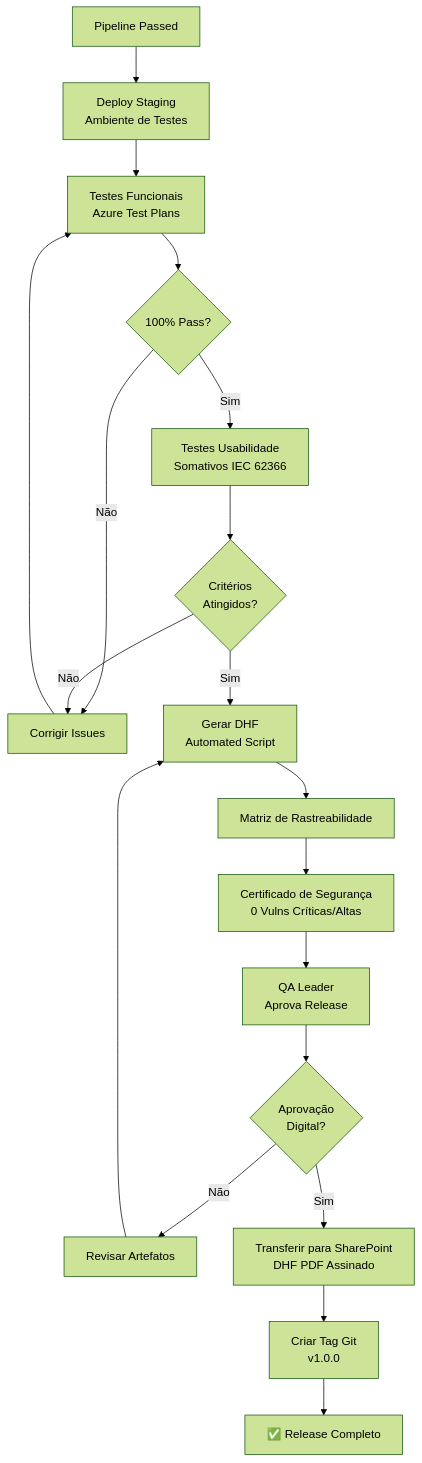
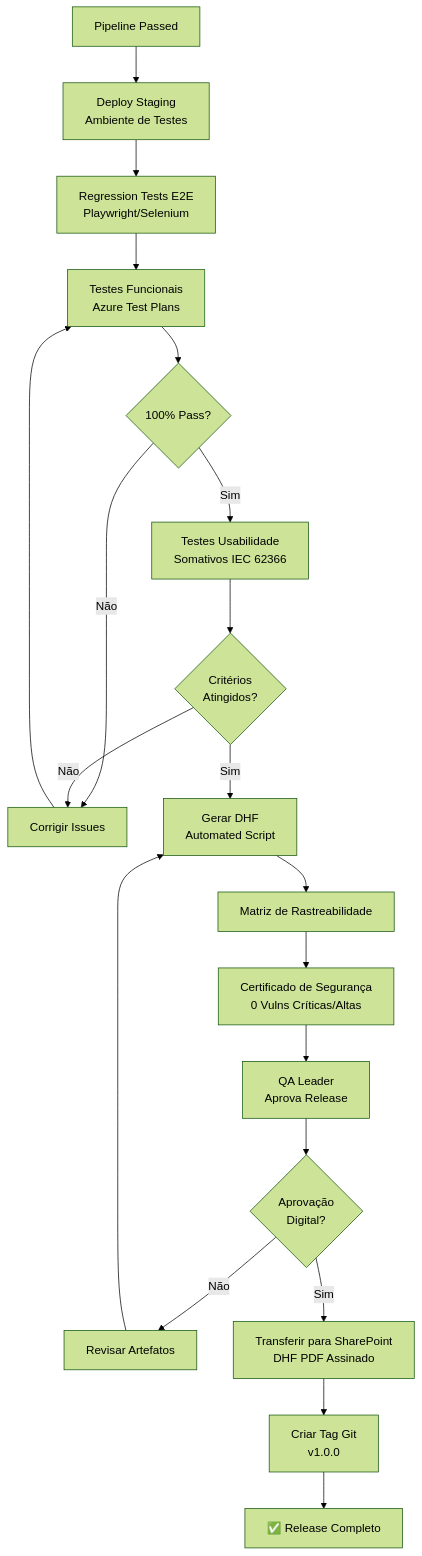
The fifth of 7 diagrams in demo-app/docs/FLOWS.md (resper1965/ionic-health-pq44), drawn with Mermaid (forest theme) before and after one commit. The commit also changed other lines of this file and 54 other files, not shown here.

````diff
--- a/demo-app/docs/FLOWS.md
+++ b/demo-app/docs/FLOWS.md
@@ -117,21 +122,22 @@
 ```mermaid
 flowchart TD
     A[Pipeline Passed] --> B[Deploy Staging<br/>Ambiente de Testes]
-    B --> C[Testes Funcionais<br/>Azure Test Plans]
+    B --> B1[Regression Tests E2E<br/>Playwright/Selenium]
+    B1 --> C[Testes Funcionais<br/>Azure Test Plans]
     C --> D{100% Pass?}
     D -->|Não| E[Corrigir Issues]
     E --> C
     D -->|Sim| F[Testes Usabilidade<br/>Somativos IEC 62366]
     F --> G{Critérios<br/>Atingidos?}
     G -->|Não| E
     G -->|Sim| H[Gerar DHF<br/>Automated Script]
     H --> I[Matriz de Rastreabilidade]
     I --> J[Certificado de Segurança<br/>0 Vulns Críticas/Altas]
     J --> K[QA Leader<br/>Aprova Release]
     K --> L{Aprovação<br/>Digital?}
     L -->|Não| M[Revisar Artefatos]
     M --> H
     L -->|Sim| N[Transferir para SharePoint<br/>DHF PDF Assinado]
     N --> O[Criar Tag Git<br/>v1.0.0]
     O --> P[✅ Release Completo]
 ```
````
